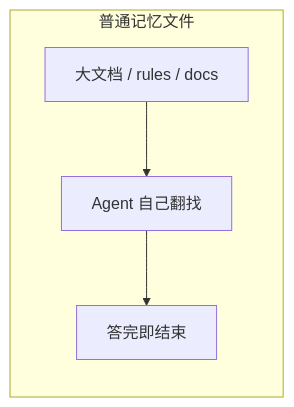
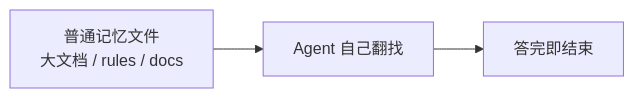
Before and after one commit to Lands-1203/Flow2Spec: the third of 4 diagrams in docs/Flow2Spec基础介绍.md, drawn with Mermaid. The commit also changed other lines of this file, not shown here.

````diff
--- a/docs/Flow2Spec基础介绍.md
+++ b/docs/Flow2Spec基础介绍.md
@@ -454,9 +454,4 @@
 ```mermaid
 flowchart LR
-  subgraph L[普通记忆文件]
-    L1[大文档 / rules / docs]
-    L2[Agent 自己翻找]
-    L3[答完即结束]
-    L1 --> L2 --> L3
-  end
+  L1[普通记忆文件<br/>大文档 / rules / docs] --> L2[Agent 自己翻找] --> L3[答完即结束]
 ```
````
